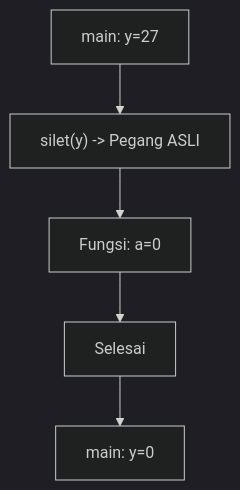
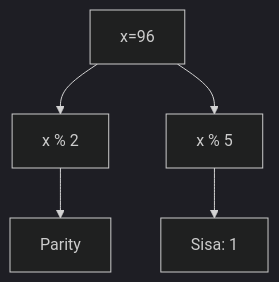
One commit to amnahwaida/OSNK_INF_PREP changed diagram 11 of 25 in part-c-pemahaman-cpp/04-fungsi/latihan/set-06.md. Above: the diagram before and after it, drawn with Mermaid (dark theme). The commit also changed other lines of this file and 71 other files, not shown here.

````diff
--- a/part-c-pemahaman-cpp/04-fungsi/latihan/set-06.md
+++ b/part-c-pemahaman-cpp/04-fungsi/latihan/set-06.md
@@ -322,7 +327,7 @@
 ```mermaid
 graph TD
-    A[main: y=27] --> B["silet(y) -> Pegang ASLI"]
-    B --> C[Fungsi: a=0]
-    C --> D[Selesai]
-    D --> E[main: y=0]
+A[x=96] --> B[x % 2]
+B --> C[Parity]
+A --> D[x % 5]
+D --> E[Sisa: 1]
 ```
````
